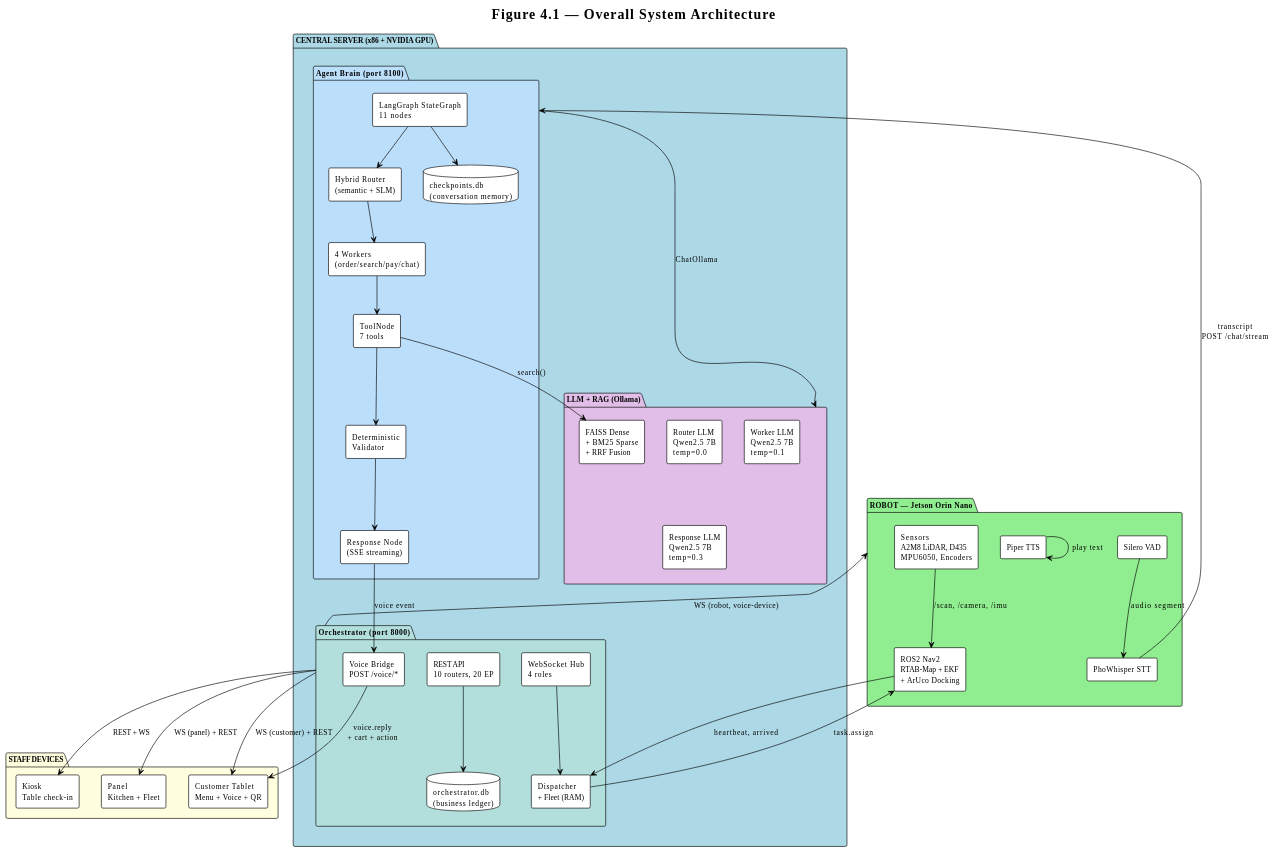
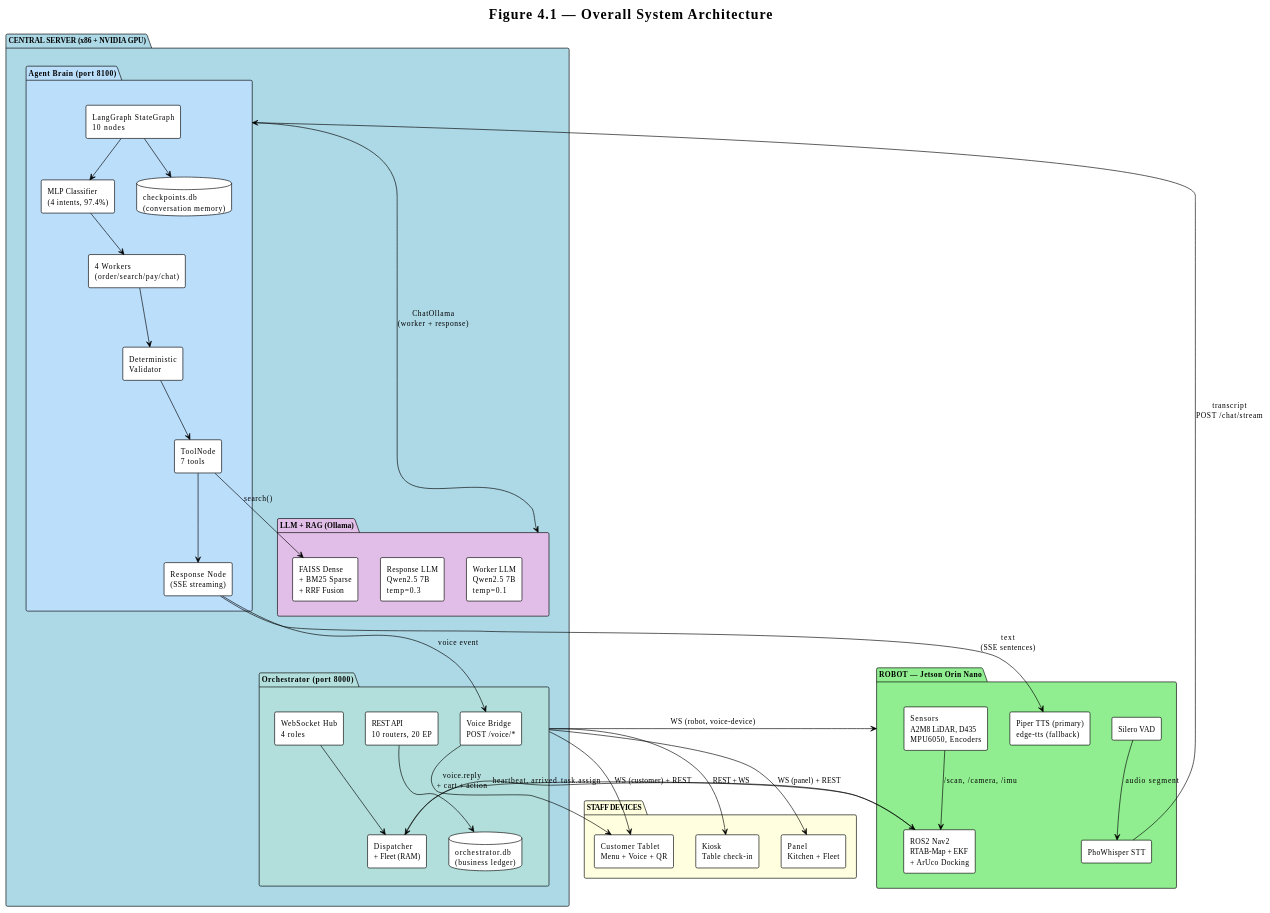
The first of 10 diagrams in docs/thesis/diagram.md (ThinhQuocLe007/AIWaiter), drawn with PlantUML before and after one commit. The commit also changed other lines of this file and 6 other files, not shown here.

```diff
--- a/docs/thesis/diagram.md
+++ b/docs/thesis/diagram.md
@@ -167,8 +166,8 @@
 package "CENTRAL SERVER (x86 + NVIDIA GPU)" as Server #LightBlue {
   
   package "Agent Brain (port 8100)" as AgentBox #BBDEFB {
-    [LangGraph StateGraph\n11 nodes] as Graph
-    [Hybrid Router\n(semantic + SLM)] as Router
+    [LangGraph StateGraph\n10 nodes] as Graph
+    [MLP Classifier\n(4 intents, 97.4%)] as Classifier
     [4 Workers\n(order/search/pay/chat)] as Workers
     [ToolNode\n7 tools] as ToolNode
     [Deterministic\nValidator] as Validator
@@ -185,17 +184,16 @@
   }
   
   package "LLM + RAG (Ollama)" as LLMBox #E1BEE7 {
-    [Router LLM\nQwen2.5 7B\ntemp=0.0] as RLLM
     [Worker LLM\nQwen2.5 7B\ntemp=0.1] as WLLM
     [Response LLM\nQwen2.5 7B\ntemp=0.3] as RespLLM
     [FAISS Dense\n+ BM25 Sparse\n+ RRF Fusion] as RAG
   }
   
-  Graph --> Router
-  Router --> Workers
-  Workers --> ToolNode
-  ToolNode --> Validator
-  Validator --> Response
+  Graph --> Classifier
+  Classifier --> Workers
+  Workers --> Validator
+  Validator --> ToolNode
+  ToolNode --> Response
   
   API --> OrchDB
   Graph --> CheckDB
@@ -206,7 +204,7 @@
 package "ROBOT — Jetson Orin Nano" as RobotBox #LightGreen {
   [Silero VAD] as VAD
   [PhoWhisper STT] as STT
-  [Piper TTS] as TTS
+  [Piper TTS (primary)\nedge-tts (fallback)] as TTS
   [ROS2 Nav2\nRTAB-Map + EKF\n+ ArUco Docking] as ROS2
   [Sensors\nA2M8 LiDAR, D435\nMPU6050, Encoders] as Sensors
 }
@@ -218,7 +216,7 @@
 }
 
 ' Internal server arrows
-AgentBox --> LLMBox : ChatOllama
+AgentBox --> LLMBox : ChatOllama\n(worker + response)
 ToolNode --> RAG : search()
 
 ' Server → Clients
@@ -232,7 +230,7 @@
 STT --> AgentBox : transcript\nPOST /chat/stream
 Response --> VoiceBridge : voice event
 VoiceBridge --> Tablet : voice.reply\n+ cart + action
-TTS --> TTS : play text
+Response --> TTS : text\n(SSE sentences)
 
 ' Robot task flow
 Dispatcher --> ROS2 : task.assign
```
